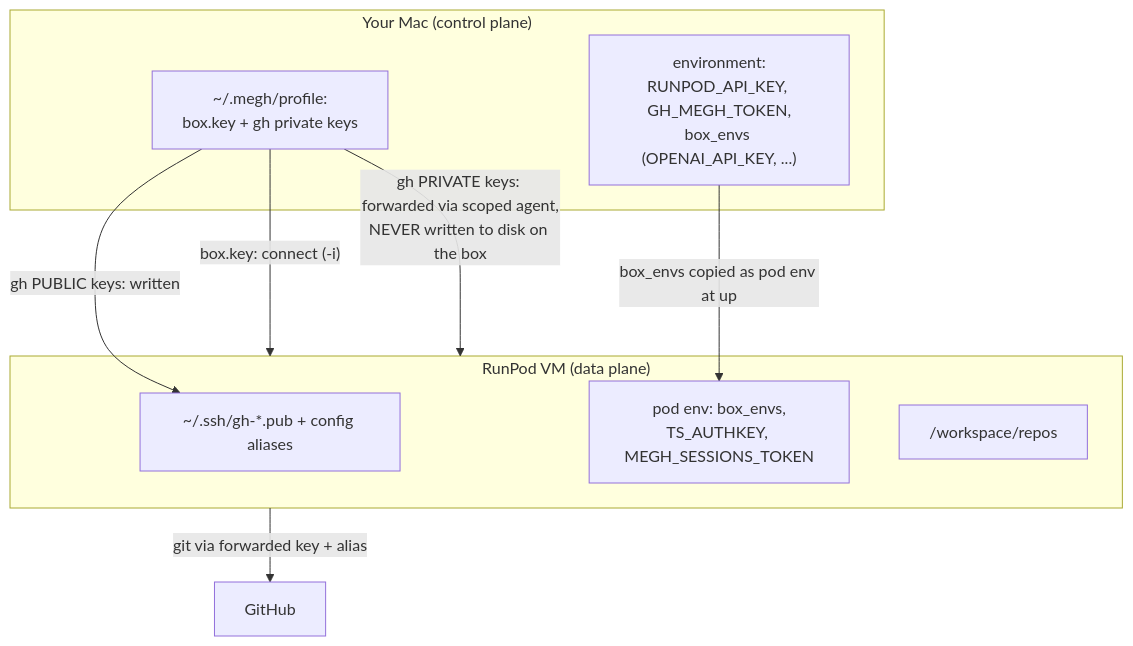
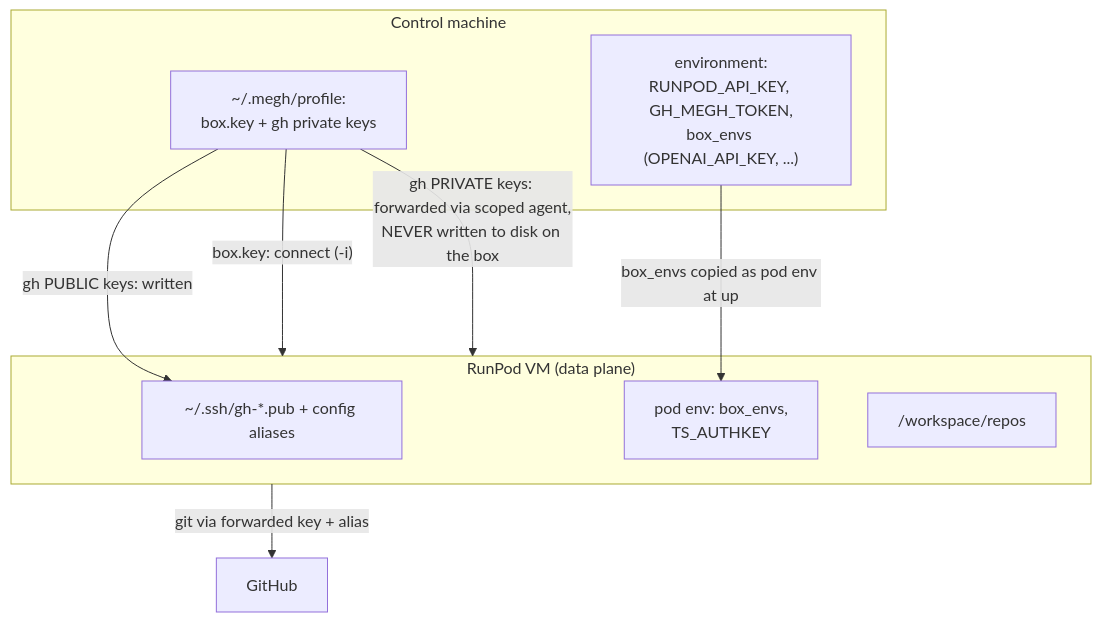
Before and after one commit to panyam/megh: the fourth of 5 diagrams in docs/LIFECYCLE.md, drawn with Mermaid. The commit also changed other lines of this file and 25 other files, not shown here.

````diff
--- a/docs/LIFECYCLE.md
+++ b/docs/LIFECYCLE.md
@@ -96,19 +96,19 @@
 ```mermaid
 flowchart TB
-  subgraph Mac["Your Mac (control plane)"]
+  subgraph Control["Control machine"]
     prof["~/.megh/profile:<br>box.key + gh private keys"]
     env["environment:<br>RUNPOD_API_KEY, GH_MEGH_TOKEN,<br>box_envs (OPENAI_API_KEY, ...)"]
   end
   subgraph Box["RunPod VM (data plane)"]
     pub["~/.ssh/gh-*.pub + config aliases"]
-    penv["pod env: box_envs,<br>TS_AUTHKEY, MEGH_SESSIONS_TOKEN"]
+    penv["pod env: box_envs,<br>TS_AUTHKEY"]
     repos["/workspace/repos"]
   end
   GitHub["GitHub"]
 
   prof -->|"box.key: connect (-i)"| Box
   prof -->|"gh PRIVATE keys: forwarded via scoped agent,<br>NEVER written to disk on the box"| Box
   prof -->|"gh PUBLIC keys: written"| pub
   env -->|"box_envs copied as pod env at up"| penv
   Box -->|"git via forwarded key + alias"| GitHub
 ```
````
